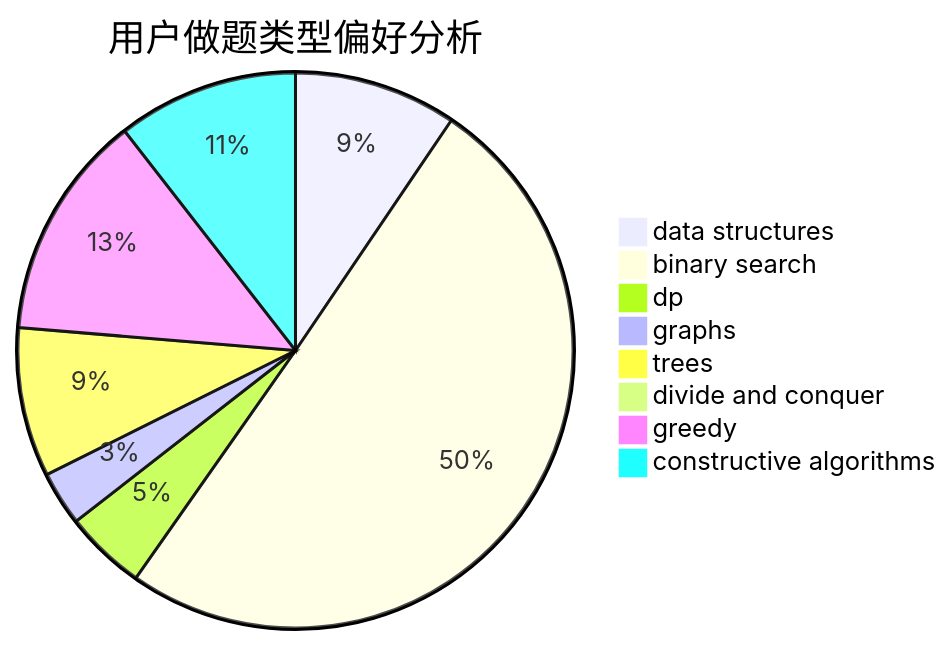
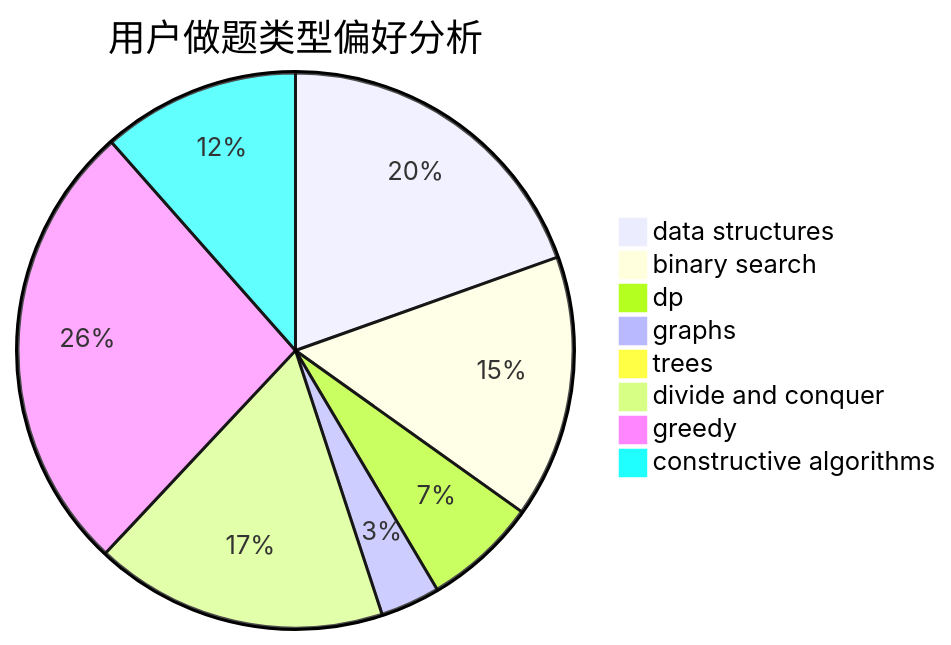
One commit to sherpahu/cfrs.github.io changed the second of 3 diagrams in docs/user/u2556.md. Above: the diagram before and after it, drawn with Mermaid. The commit also changed other lines of this file and 2770 other files, not shown here.

````diff
--- a/docs/user/u2556.md
+++ b/docs/user/u2556.md
@@ -23,11 +23,11 @@
 ```mermaid
 pie title 用户做题类型偏好分析
-    "data structures" :  36
-    "binary search" :  191
-    "dp" :  18
-    "graphs" :  12
-    "trees" :  33
-    "divide and conquer" :  0
-    "greedy" :  50
-    "constructive algorithms" :  40
+    "data structures" :  124
+    "binary search" :  97
+    "dp" :  42
+    "graphs" :  22
+    "trees" :  0
+    "divide and conquer" :  108
+    "greedy" :  168
+    "constructive algorithms" :  73
 ```
````
